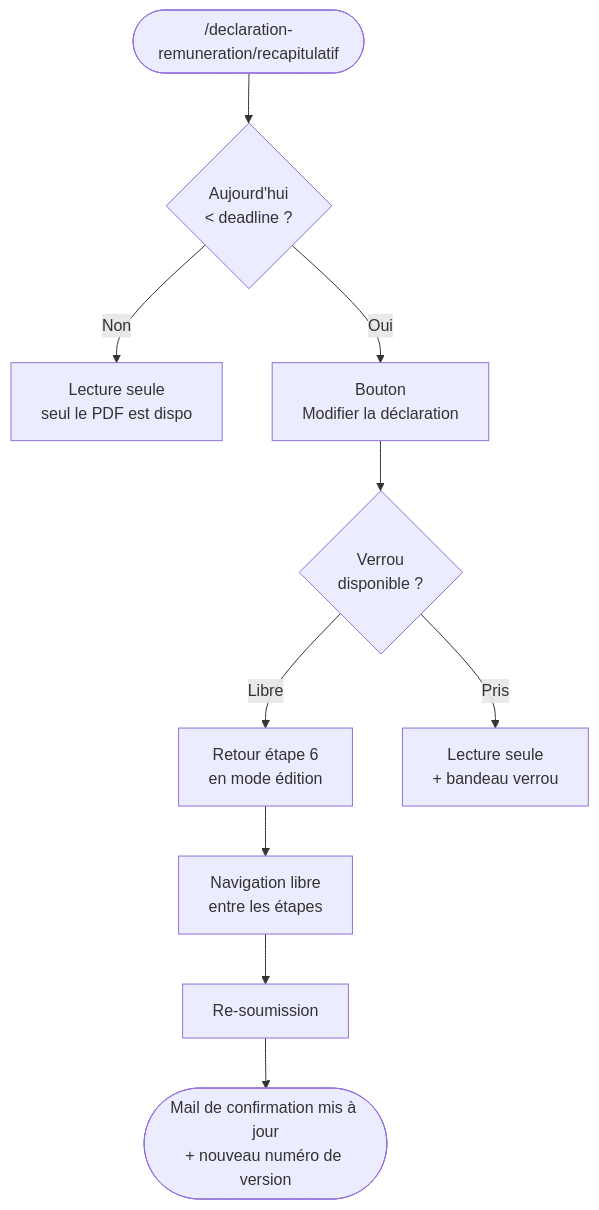
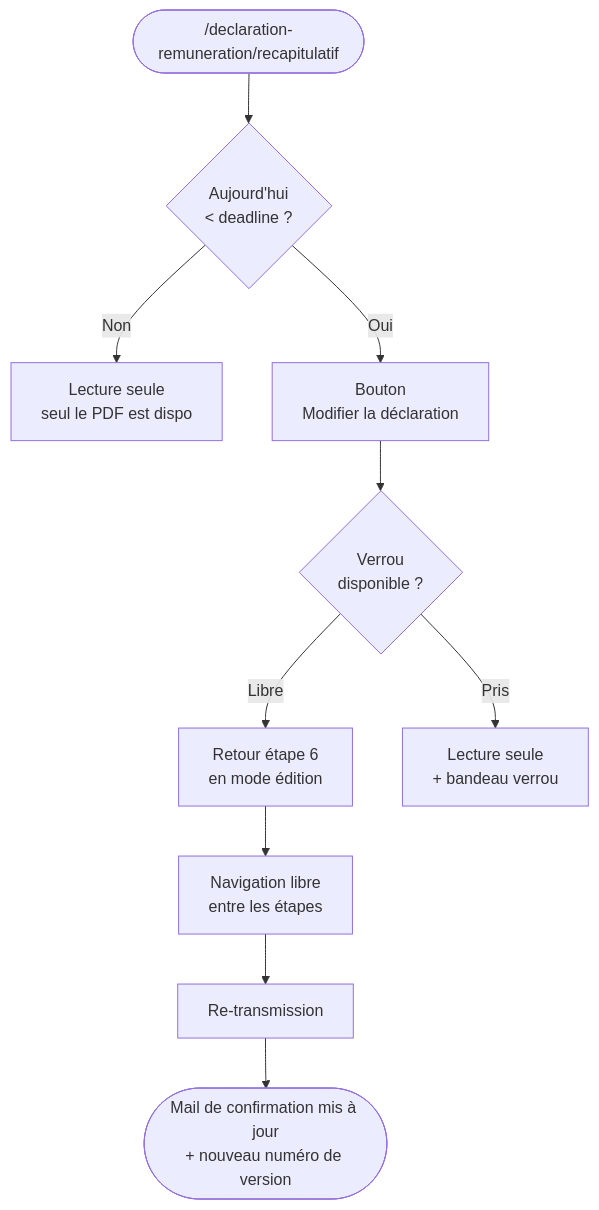
The fifth of 12 diagrams in docs/parcours-utilisateurs.md (SocialGouv/egapro), drawn with Mermaid before and after one commit. The commit also changed other lines of this file and 52 other files, not shown here.

````diff
--- a/docs/parcours-utilisateurs.md
+++ b/docs/parcours-utilisateurs.md
@@ -258,12 +258,12 @@
 ```mermaid
 flowchart TD
     A([/declaration-remuneration/recapitulatif]) --> B{Aujourd'hui<br/>< deadline ?}
     B -->|Non| C[Lecture seule<br/>seul le PDF est dispo]
     B -->|Oui| D[Bouton<br/>Modifier la déclaration]
     D --> LockCheck{Verrou<br/>disponible ?}
     LockCheck -->|Libre| E[Retour étape 6<br/>en mode édition]
     LockCheck -->|Pris| E2[Lecture seule<br/>+ bandeau verrou]
     E --> F[Navigation libre<br/>entre les étapes]
-    F --> G[Re-soumission]
+    F --> G[Re-transmission]
     G --> H([Mail de confirmation mis à jour<br/>+ nouveau numéro de version])
 ```
````
